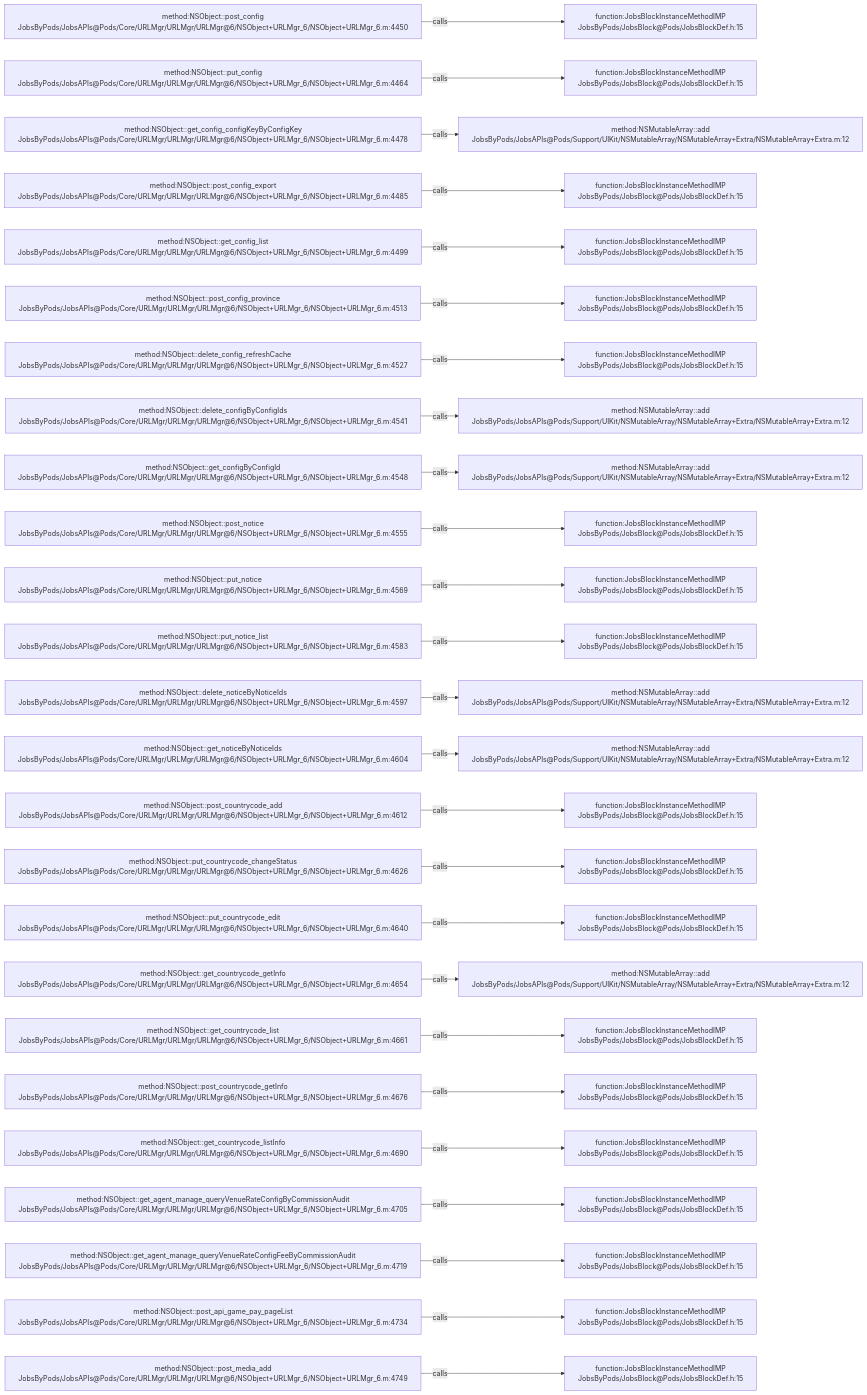
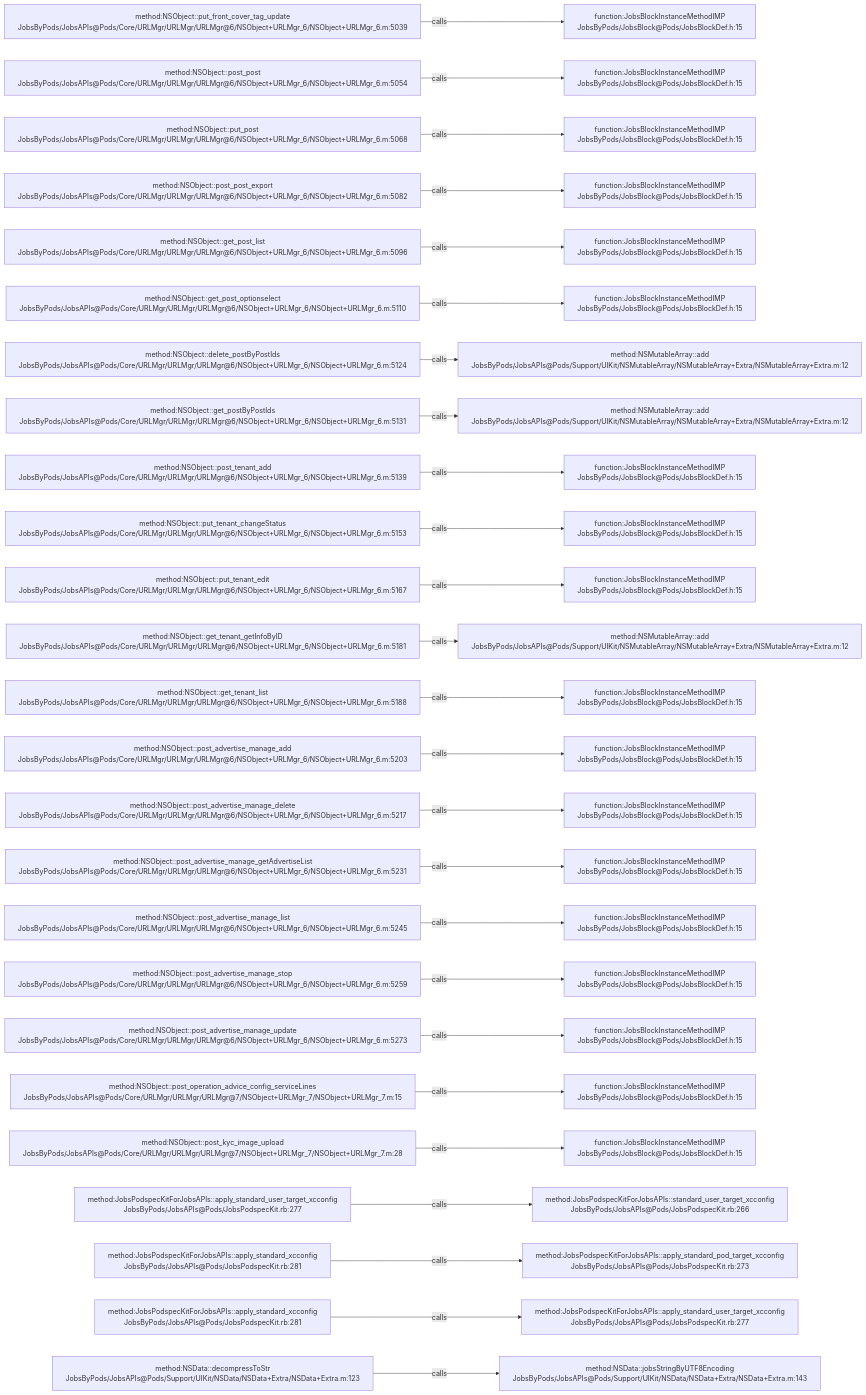
Before and after one commit to JobsKits/JobsOCBaseConfigDemo: the diagram in .codegraph/codegraph.md/graphs/calls-080.md, drawn with Mermaid. The commit also changed 223 other files, not shown here.

````diff
--- a/.codegraph/codegraph.md/graphs/calls-080.md
+++ b/.codegraph/codegraph.md/graphs/calls-080.md
@@ -13,78 +13,78 @@
 ```mermaid
 flowchart LR
-  S1["method:NSObject::post_config<br/>JobsByPods/JobsAPIs@Pods/Core/URLMgr/URLMgr/URLMgr@6/NSObject+URLMgr_6/NSObject+URLMgr_6.m:4450"]
+  S1["method:NSObject::put_front_cover_tag_update<br/>JobsByPods/JobsAPIs@Pods/Core/URLMgr/URLMgr/URLMgr@6/NSObject+URLMgr_6/NSObject+URLMgr_6.m:5039"]
   T1["function:JobsBlockInstanceMethodIMP<br/>JobsByPods/JobsBlock@Pods/JobsBlockDef.h:15"]
   S1 -->|calls| T1
-  S2["method:NSObject::put_config<br/>JobsByPods/JobsAPIs@Pods/Core/URLMgr/URLMgr/URLMgr@6/NSObject+URLMgr_6/NSObject+URLMgr_6.m:4464"]
+  S2["method:NSObject::post_post<br/>JobsByPods/JobsAPIs@Pods/Core/URLMgr/URLMgr/URLMgr@6/NSObject+URLMgr_6/NSObject+URLMgr_6.m:5054"]
   T2["function:JobsBlockInstanceMethodIMP<br/>JobsByPods/JobsBlock@Pods/JobsBlockDef.h:15"]
   S2 -->|calls| T2
-  S3["method:NSObject::get_config_configKeyByConfigKey<br/>JobsByPods/JobsAPIs@Pods/Core/URLMgr/URLMgr/URLMgr@6/NSObject+URLMgr_6/NSObject+URLMgr_6.m:4478"]
-  T3["method:NSMutableArray::add<br/>JobsByPods/JobsAPIs@Pods/Support/UIKit/NSMutableArray/NSMutableArray+Extra/NSMutableArray+Extra.m:12"]
+  S3["method:NSObject::put_post<br/>JobsByPods/JobsAPIs@Pods/Core/URLMgr/URLMgr/URLMgr@6/NSObject+URLMgr_6/NSObject+URLMgr_6.m:5068"]
+  T3["function:JobsBlockInstanceMethodIMP<br/>JobsByPods/JobsBlock@Pods/JobsBlockDef.h:15"]
   S3 -->|calls| T3
-  S4["method:NSObject::post_config_export<br/>JobsByPods/JobsAPIs@Pods/Core/URLMgr/URLMgr/URLMgr@6/NSObject+URLMgr_6/NSObject+URLMgr_6.m:4485"]
+  S4["method:NSObject::post_post_export<br/>JobsByPods/JobsAPIs@Pods/Core/URLMgr/URLMgr/URLMgr@6/NSObject+URLMgr_6/NSObject+URLMgr_6.m:5082"]
   T4["function:JobsBlockInstanceMethodIMP<br/>JobsByPods/JobsBlock@Pods/JobsBlockDef.h:15"]
   S4 -->|calls| T4
-  S5["method:NSObject::get_config_list<br/>JobsByPods/JobsAPIs@Pods/Core/URLMgr/URLMgr/URLMgr@6/NSObject+URLMgr_6/NSObject+URLMgr_6.m:4499"]
+  S5["method:NSObject::get_post_list<br/>JobsByPods/JobsAPIs@Pods/Core/URLMgr/URLMgr/URLMgr@6/NSObject+URLMgr_6/NSObject+URLMgr_6.m:5096"]
   T5["function:JobsBlockInstanceMethodIMP<br/>JobsByPods/JobsBlock@Pods/JobsBlockDef.h:15"]
   S5 -->|calls| T5
-  S6["method:NSObject::post_config_province<br/>JobsByPods/JobsAPIs@Pods/Core/URLMgr/URLMgr/URLMgr@6/NSObject+URLMgr_6/NSObject+URLMgr_6.m:4513"]
+  S6["method:NSObject::get_post_optionselect<br/>JobsByPods/JobsAPIs@Pods/Core/URLMgr/URLMgr/URLMgr@6/NSObject+URLMgr_6/NSObject+URLMgr_6.m:5110"]
   T6["function:JobsBlockInstanceMethodIMP<br/>JobsByPods/JobsBlock@Pods/JobsBlockDef.h:15"]
   S6 -->|calls| T6
-  S7["method:NSObject::delete_config_refreshCache<br/>JobsByPods/JobsAPIs@Pods/Core/URLMgr/URLMgr/URLMgr@6/NSObject+URLMgr_6/NSObject+URLMgr_6.m:4527"]
-  T7["function:JobsBlockInstanceMethodIMP<br/>JobsByPods/JobsBlock@Pods/JobsBlockDef.h:15"]
+  S7["method:NSObject::delete_postByPostIds<br/>JobsByPods/JobsAPIs@Pods/Core/URLMgr/URLMgr/URLMgr@6/NSObject+URLMgr_6/NSObject+URLMgr_6.m:5124"]
+  T7["method:NSMutableArray::add<br/>JobsByPods/JobsAPIs@Pods/Support/UIKit/NSMutableArray/NSMutableArray+Extra/NSMutableArray+Extra.m:12"]
   S7 -->|calls| T7
-  S8["method:NSObject::delete_configByConfigIds<br/>JobsByPods/JobsAPIs@Pods/Core/URLMgr/URLMgr/URLMgr@6/NSObject+URLMgr_6/NSObject+URLMgr_6.m:4541"]
+  S8["method:NSObject::get_postByPostIds<br/>JobsByPods/JobsAPIs@Pods/Core/URLMgr/URLMgr/URLMgr@6/NSObject+URLMgr_6/NSObject+URLMgr_6.m:5131"]
   T8["method:NSMutableArray::add<br/>JobsByPods/JobsAPIs@Pods/Support/UIKit/NSMutableArray/NSMutableArray+Extra/NSMutableArray+Extra.m:12"]
   S8 -->|calls| T8
-  S9["method:NSObject::get_configByConfigId<br/>JobsByPods/JobsAPIs@Pods/Core/URLMgr/URLMgr/URLMgr@6/NSObject+URLMgr_6/NSObject+URLMgr_6.m:4548"]
-  T9["method:NSMutableArray::add<br/>JobsByPods/JobsAPIs@Pods/Support/UIKit/NSMutableArray/NSMutableArray+Extra/NSMutableArray+Extra.m:12"]
+  S9["method:NSObject::post_tenant_add<br/>JobsByPods/JobsAPIs@Pods/Core/URLMgr/URLMgr/URLMgr@6/NSObject+URLMgr_6/NSObject+URLMgr_6.m:5139"]
+  T9["function:JobsBlockInstanceMethodIMP<br/>JobsByPods/JobsBlock@Pods/JobsBlockDef.h:15"]
   S9 -->|calls| T9
-  S10["method:NSObject::post_notice<br/>JobsByPods/JobsAPIs@Pods/Core/URLMgr/URLMgr/URLMgr@6/NSObject+URLMgr_6/NSObject+URLMgr_6.m:4555"]
+  S10["method:NSObject::put_tenant_changeStatus<br/>JobsByPods/JobsAPIs@Pods/Core/URLMgr/URLMgr/URLMgr@6/NSObject+URLMgr_6/NSObject+URLMgr_6.m:5153"]
   T10["function:JobsBlockInstanceMethodIMP<br/>JobsByPods/JobsBlock@Pods/JobsBlockDef.h:15"]
   S10 -->|calls| T10
-  S11["method:NSObject::put_notice<br/>JobsByPods/JobsAPIs@Pods/Core/URLMgr/URLMgr/URLMgr@6/NSObject+URLMgr_6/NSObject+URLMgr_6.m:4569"]
+  S11["method:NSObject::put_tenant_edit<br/>JobsByPods/JobsAPIs@Pods/Core/URLMgr/URLMgr/URLMgr@6/NSObject+URLMgr_6/NSObject+URLMgr_6.m:5167"]
   T11["function:JobsBlockInstanceMethodIMP<br/>JobsByPods/JobsBlock@Pods/JobsBlockDef.h:15"]
   S11 -->|calls| T11
-  S12["method:NSObject::put_notice_list<br/>JobsByPods/JobsAPIs@Pods/Core/URLMgr/URLMgr/URLMgr@6/NSObject+URLMgr_6/NSObject+URLMgr_6.m:4583"]
-  T12["function:JobsBlockInstanceMethodIMP<br/>JobsByPods/JobsBlock@Pods/JobsBlockDef.h:15"]
+  S12["method:NSObject::get_tenant_getInfoByID<br/>JobsByPods/JobsAPIs@Pods/Core/URLMgr/URLMgr/URLMgr@6/NSObject+URLMgr_6/NSObject+URLMgr_6.m:5181"]
+  T12["method:NSMutableArray::add<br/>JobsByPods/JobsAPIs@Pods/Support/UIKit/NSMutableArray/NSMutableArray+Extra/NSMutableArray+Extra.m:12"]
   S12 -->|calls| T12
-  S13["method:NSObject::delete_noticeByNoticeIds<br/>JobsByPods/JobsAPIs@Pods/Core/URLMgr/URLMgr/URLMgr@6/NSObject+URLMgr_6/NSObject+URLMgr_6.m:4597"]
-  T13["method:NSMutableArray::add<br/>JobsByPods/JobsAPIs@Pods/Support/UIKit/NSMutableArray/NSMutableArray+Extra/NSMutableArray+Extra.m:12"]
+  S13["method:NSObject::get_tenant_list<br/>JobsByPods/JobsAPIs@Pods/Core/URLMgr/URLMgr/URLMgr@6/NSObject+URLMgr_6/NSObject+URLMgr_6.m:5188"]
+  T13["function:JobsBlockInstanceMethodIMP<br/>JobsByPods/JobsBlock@Pods/JobsBlockDef.h:15"]
   S13 -->|calls| T13
-  S14["method:NSObject::get_noticeByNoticeIds<br/>JobsByPods/JobsAPIs@Pods/Core/URLMgr/URLMgr/URLMgr@6/NSObject+URLMgr_6/NSObject+URLMgr_6.m:4604"]
-  T14["method:NSMutableArray::add<br/>JobsByPods/JobsAPIs@Pods/Support/UIKit/NSMutableArray/NSMutableArray+Extra/NSMutableArray+Extra.m:12"]
+  S14["method:NSObject::post_advertise_manage_add<br/>JobsByPods/JobsAPIs@Pods/Core/URLMgr/URLMgr/URLMgr@6/NSObject+URLMgr_6/NSObject+URLMgr_6.m:5203"]
+  T14["function:JobsBlockInstanceMethodIMP<br/>JobsByPods/JobsBlock@Pods/JobsBlockDef.h:15"]
   S14 -->|calls| T14
-  S15["method:NSObject::post_countrycode_add<br/>JobsByPods/JobsAPIs@Pods/Core/URLMgr/URLMgr/URLMgr@6/NSObject+URLMgr_6/NSObject+URLMgr_6.m:4612"]
+  S15["method:NSObject::post_advertise_manage_delete<br/>JobsByPods/JobsAPIs@Pods/Core/URLMgr/URLMgr/URLMgr@6/NSObject+URLMgr_6/NSObject+URLMgr_6.m:5217"]
   T15["function:JobsBlockInstanceMethodIMP<br/>JobsByPods/JobsBlock@Pods/JobsBlockDef.h:15"]
   S15 -->|calls| T15
-  S16["method:NSObject::put_countrycode_changeStatus<br/>JobsByPods/JobsAPIs@Pods/Core/URLMgr/URLMgr/URLMgr@6/NSObject+URLMgr_6/NSObject+URLMgr_6.m:4626"]
+  S16["method:NSObject::post_advertise_manage_getAdvertiseList<br/>JobsByPods/JobsAPIs@Pods/Core/URLMgr/URLMgr/URLMgr@6/NSObject+URLMgr_6/NSObject+URLMgr_6.m:5231"]
   T16["function:JobsBlockInstanceMethodIMP<br/>JobsByPods/JobsBlock@Pods/JobsBlockDef.h:15"]
   S16 -->|calls| T16
-  S17["method:NSObject::put_countrycode_edit<br/>JobsByPods/JobsAPIs@Pods/Core/URLMgr/URLMgr/URLMgr@6/NSObject+URLMgr_6/NSObject+URLMgr_6.m:4640"]
+  S17["method:NSObject::post_advertise_manage_list<br/>JobsByPods/JobsAPIs@Pods/Core/URLMgr/URLMgr/URLMgr@6/NSObject+URLMgr_6/NSObject+URLMgr_6.m:5245"]
   T17["function:JobsBlockInstanceMethodIMP<br/>JobsByPods/JobsBlock@Pods/JobsBlockDef.h:15"]
   S17 -->|calls| T17
-  S18["method:NSObject::get_countrycode_getInfo<br/>JobsByPods/JobsAPIs@Pods/Core/URLMgr/URLMgr/URLMgr@6/NSObject+URLMgr_6/NSObject+URLMgr_6.m:4654"]
-  T18["method:NSMutableArray::add<br/>JobsByPods/JobsAPIs@Pods/Support/UIKit/NSMutableArray/NSMutableArray+Extra/NSMutableArray+Extra.m:12"]
+  S18["method:NSObject::post_advertise_manage_stop<br/>JobsByPods/JobsAPIs@Pods/Core/URLMgr/URLMgr/URLMgr@6/NSObject+URLMgr_6/NSObject+URLMgr_6.m:5259"]
+  T18["function:JobsBlockInstanceMethodIMP<br/>JobsByPods/JobsBlock@Pods/JobsBlockDef.h:15"]
   S18 -->|calls| T18
-  S19["method:NSObject::get_countrycode_list<br/>JobsByPods/JobsAPIs@Pods/Core/URLMgr/URLMgr/URLMgr@6/NSObject+URLMgr_6/NSObject+URLMgr_6.m:4661"]
+  S19["method:NSObject::post_advertise_manage_update<br/>JobsByPods/JobsAPIs@Pods/Core/URLMgr/URLMgr/URLMgr@6/NSObject+URLMgr_6/NSObject+URLMgr_6.m:5273"]
   T19["function:JobsBlockInstanceMethodIMP<br/>JobsByPods/JobsBlock@Pods/JobsBlockDef.h:15"]
   S19 -->|calls| T19
-  S20["method:NSObject::post_countrycode_getInfo<br/>JobsByPods/JobsAPIs@Pods/Core/URLMgr/URLMgr/URLMgr@6/NSObject+URLMgr_6/NSObject+URLMgr_6.m:4676"]
+  S20["method:NSObject::post_operation_advice_config_serviceLines<br/>JobsByPods/JobsAPIs@Pods/Core/URLMgr/URLMgr/URLMgr@7/NSObject+URLMgr_7/NSObject+URLMgr_7.m:15"]
   T20["function:JobsBlockInstanceMethodIMP<br/>JobsByPods/JobsBlock@Pods/JobsBlockDef.h:15"]
   S20 -->|calls| T20
-  S21["method:NSObject::get_countrycode_listInfo<br/>JobsByPods/JobsAPIs@Pods/Core/URLMgr/URLMgr/URLMgr@6/NSObject+URLMgr_6/NSObject+URLMgr_6.m:4690"]
+  S21["method:NSObject::post_kyc_image_upload<br/>JobsByPods/JobsAPIs@Pods/Core/URLMgr/URLMgr/URLMgr@7/NSObject+URLMgr_7/NSObject+URLMgr_7.m:28"]
   T21["function:JobsBlockInstanceMethodIMP<br/>JobsByPods/JobsBlock@Pods/JobsBlockDef.h:15"]
   S21 -->|calls| T21
-  S22["method:NSObject::get_agent_manage_queryVenueRateConfigByCommissionAudit<br/>JobsByPods/JobsAPIs@Pods/Core/URLMgr/URLMgr/URLMgr@6/NSObject+URLMgr_6/NSObject+URLMgr_6.m:4705"]
-  T22["function:JobsBlockInstanceMethodIMP<br/>JobsByPods/JobsBlock@Pods/JobsBlockDef.h:15"]
+  S22["method:JobsPodspecKitForJobsAPIs::apply_standard_user_target_xcconfig<br/>JobsByPods/JobsAPIs@Pods/JobsPodspecKit.rb:277"]
+  T22["method:JobsPodspecKitForJobsAPIs::standard_user_target_xcconfig<br/>JobsByPods/JobsAPIs@Pods/JobsPodspecKit.rb:266"]
   S22 -->|calls| T22
-  S23["method:NSObject::get_agent_manage_queryVenueRateConfigFeeByCommissionAudit<br/>JobsByPods/JobsAPIs@Pods/Core/URLMgr/URLMgr/URLMgr@6/NSObject+URLMgr_6/NSObject+URLMgr_6.m:4719"]
-  T23["function:JobsBlockInstanceMethodIMP<br/>JobsByPods/JobsBlock@Pods/JobsBlockDef.h:15"]
+  S23["method:JobsPodspecKitForJobsAPIs::apply_standard_xcconfig<br/>JobsByPods/JobsAPIs@Pods/JobsPodspecKit.rb:281"]
+  T23["method:JobsPodspecKitForJobsAPIs::apply_standard_pod_target_xcconfig<br/>JobsByPods/JobsAPIs@Pods/JobsPodspecKit.rb:273"]
   S23 -->|calls| T23
-  S24["method:NSObject::post_api_game_pay_pageList<br/>JobsByPods/JobsAPIs@Pods/Core/URLMgr/URLMgr/URLMgr@6/NSObject+URLMgr_6/NSObject+URLMgr_6.m:4734"]
-  T24["function:JobsBlockInstanceMethodIMP<br/>JobsByPods/JobsBlock@Pods/JobsBlockDef.h:15"]
+  S24["method:JobsPodspecKitForJobsAPIs::apply_standard_xcconfig<br/>JobsByPods/JobsAPIs@Pods/JobsPodspecKit.rb:281"]
+  T24["method:JobsPodspecKitForJobsAPIs::apply_standard_user_target_xcconfig<br/>JobsByPods/JobsAPIs@Pods/JobsPodspecKit.rb:277"]
   S24 -->|calls| T24
-  S25["method:NSObject::post_media_add<br/>JobsByPods/JobsAPIs@Pods/Core/URLMgr/URLMgr/URLMgr@6/NSObject+URLMgr_6/NSObject+URLMgr_6.m:4749"]
-  T25["function:JobsBlockInstanceMethodIMP<br/>JobsByPods/JobsBlock@Pods/JobsBlockDef.h:15"]
+  S25["method:NSData::decompressToStr<br/>JobsByPods/JobsAPIs@Pods/Support/UIKit/NSData/NSData+Extra/NSData+Extra.m:123"]
+  T25["method:NSData::jobsStringByUTF8Encoding<br/>JobsByPods/JobsAPIs@Pods/Support/UIKit/NSData/NSData+Extra/NSData+Extra.m:143"]
   S25 -->|calls| T25
 ```
````
